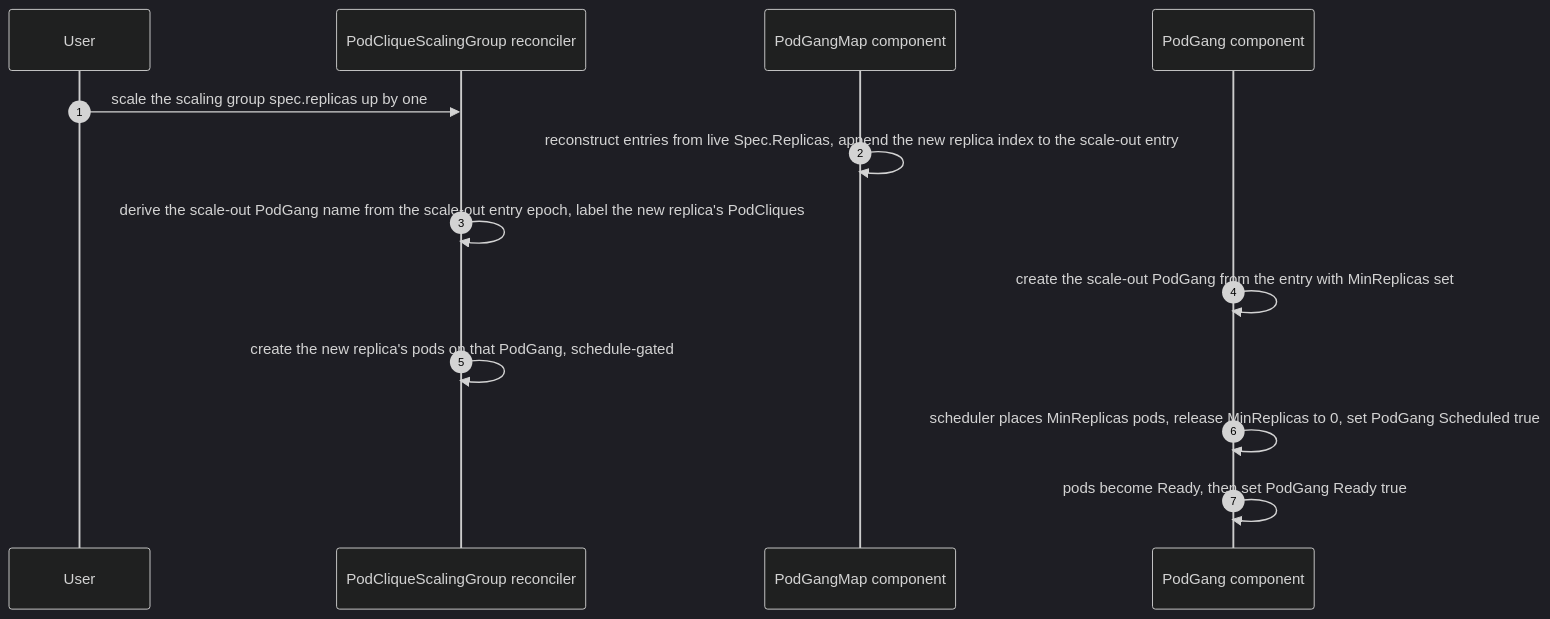
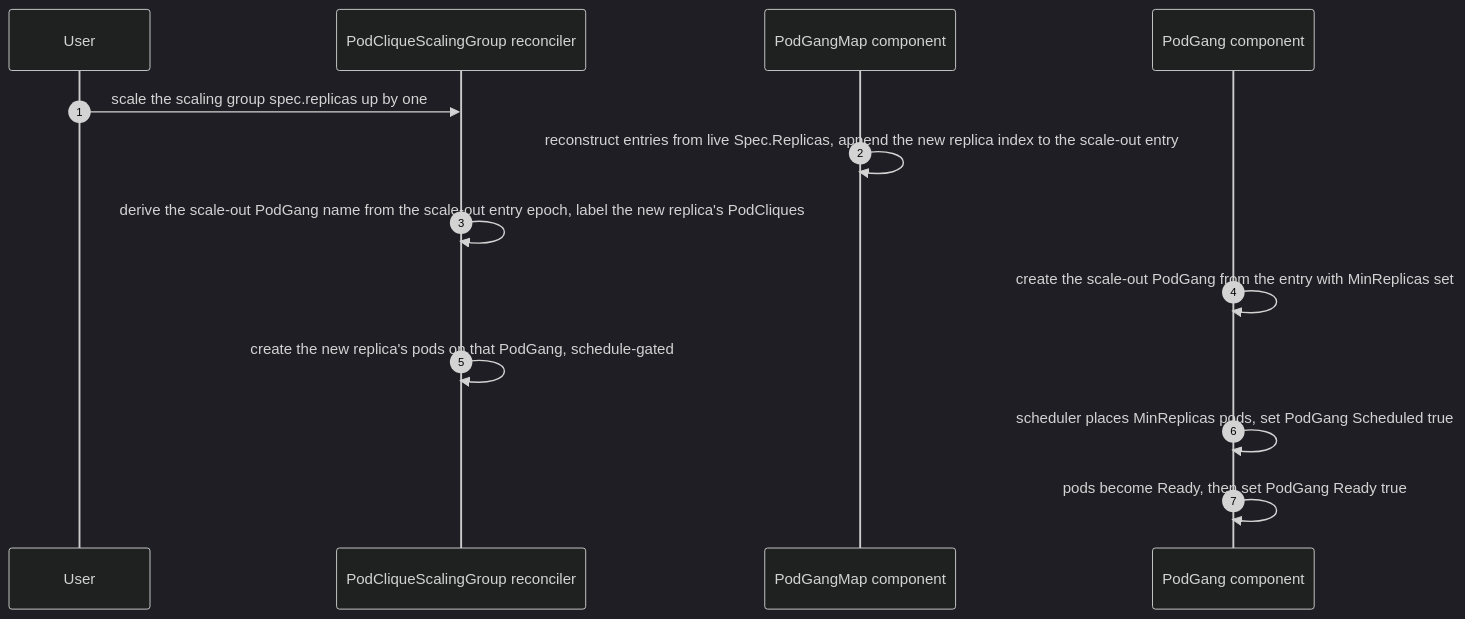
Before and after one commit to unmarshall/grove: the third of 4 diagrams in docs/proposals/393-coherent-rolling-updates/README.md, drawn with Mermaid (dark theme). The commit also changed other lines of this file and 5 other files, not shown here.

First line of the commit message:
fix(podgang): clamp standalone MinReplicas on non-MinAvailable anchors

````diff
--- a/docs/proposals/393-coherent-rolling-updates/README.md
+++ b/docs/proposals/393-coherent-rolling-updates/README.md
@@ -783,16 +783,16 @@
 ```mermaid
 sequenceDiagram
   autonumber
   participant User
   participant PCSG as PodCliqueScalingGroup reconciler
   participant PGM as PodGangMap component
   participant PG as PodGang component
 
   User->>PCSG: scale the scaling group spec.replicas up by one
   PGM->>PGM: reconstruct entries from live Spec.Replicas, append the new replica index to the scale-out entry
   PCSG->>PCSG: derive the scale-out PodGang name from the scale-out entry epoch, label the new replica's PodCliques
   PG->>PG: create the scale-out PodGang from the entry with MinReplicas set
   PCSG->>PCSG: create the new replica's pods on that PodGang, schedule-gated
-  PG->>PG: scheduler places MinReplicas pods, release MinReplicas to 0, set PodGang Scheduled true
+  PG->>PG: scheduler places MinReplicas pods, set PodGang Scheduled true
   PG->>PG: pods become Ready, then set PodGang Ready true
 ```
````
